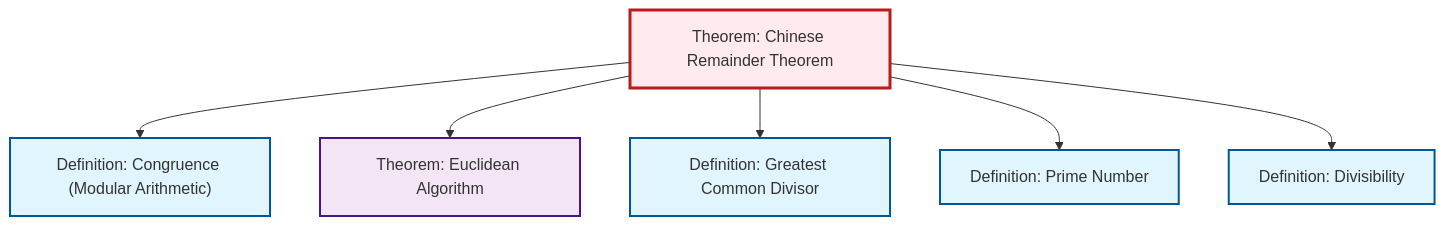
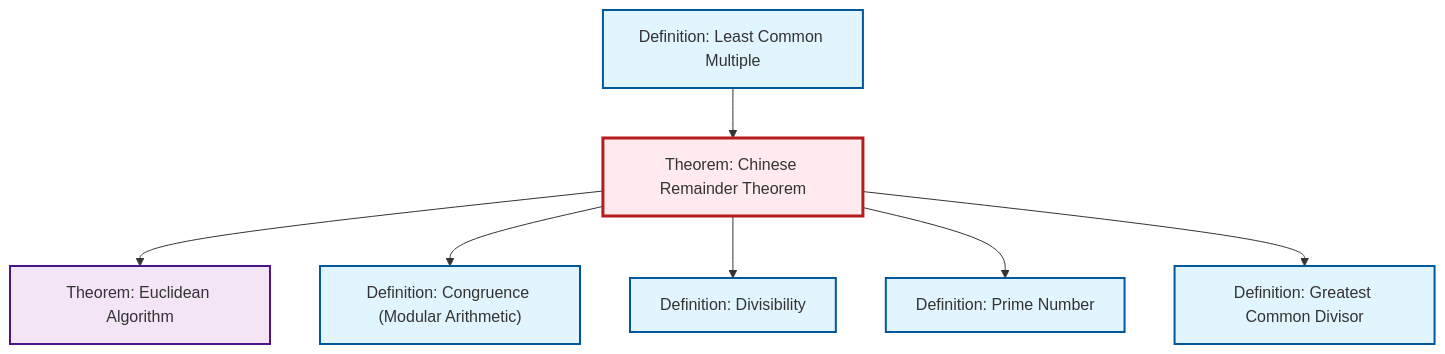
Before and after one commit to RK0429/ModernMath: the diagram in content/en/number-theory/thm-chinese-remainder.qmd, drawn with Mermaid. The commit also changed 634 other files, not shown here.

First line of the commit message:
feat: Add prime ideal definition with comprehensive cross-references

````diff
--- a/content/en/number-theory/thm-chinese-remainder.qmd
+++ b/content/en/number-theory/thm-chinese-remainder.qmd
@@ -88,26 +88,29 @@
 ```{mermaid}
 %%| fig-cap: "Local dependency graph"
 graph TD
     classDef definition fill:#e1f5fe,stroke:#01579b,stroke-width:2px
     classDef theorem fill:#f3e5f5,stroke:#4a148c,stroke-width:2px
     classDef axiom fill:#fff3e0,stroke:#e65100,stroke-width:2px
     classDef example fill:#e8f5e9,stroke:#1b5e20,stroke-width:2px
     classDef current fill:#ffebee,stroke:#b71c1c,stroke-width:3px
+    def-gcd["Definition: Greatest Common Divisor"]:::definition
+    def-lcm["Definition: Least Common Multiple"]:::definition
     def-congruence["Definition: Congruence (Modular Arithmetic)"]:::definition
-    def-gcd["Definition: Greatest Common Divisor"]:::definition
     def-divisibility["Definition: Divisibility"]:::definition
+    thm-chinese-remainder["Theorem: Chinese Remainder Theorem"]:::theorem
     def-prime["Definition: Prime Number"]:::definition
     thm-euclidean-algorithm["Theorem: Euclidean Algorithm"]:::theorem
-    thm-chinese-remainder["Theorem: Chinese Remainder Theorem"]:::theorem
+    thm-chinese-remainder --> thm-euclidean-algorithm
     thm-chinese-remainder --> def-congruence
-    thm-chinese-remainder --> thm-euclidean-algorithm
+    thm-chinese-remainder --> def-divisibility
+    thm-chinese-remainder --> def-prime
+    def-lcm --> thm-chinese-remainder
     thm-chinese-remainder --> def-gcd
-    thm-chinese-remainder --> def-prime
-    thm-chinese-remainder --> def-divisibility
     class thm-chinese-remainder current
+    click def-gcd "def-gcd.html" "Go to Greatest Common Divisor definition"
+    click def-lcm "def-lcm.html" "Go to Least Common Multiple definition"
     click def-congruence "def-congruence.html" "Go to Congruence (Modular Arithmetic) definition"
-    click def-gcd "def-gcd.html" "Go to Greatest Common Divisor definition"
     click def-divisibility "def-divisibility.html" "Go to Divisibility definition"
     click def-prime "def-prime.html" "Go to Prime Number definition"
     click thm-euclidean-algorithm "thm-euclidean-algorithm.html" "Go to Euclidean Algorithm theorem"
 ```
````
